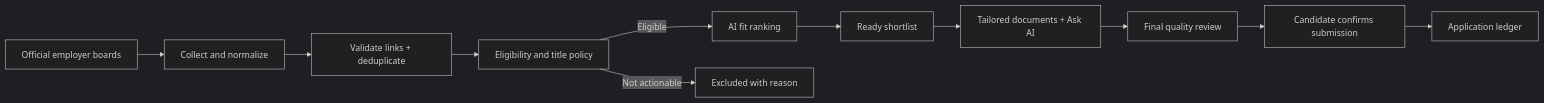
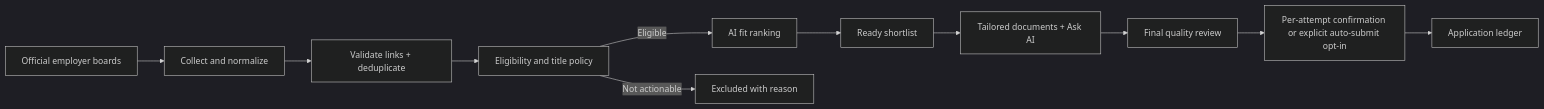
One commit to sunilnjc/job-search-agent changed the diagram in README.md. Above: the diagram before and after it, drawn with Mermaid (dark theme). The commit also changed other lines of this file and 229 other files, not shown here.

````diff
--- a/README.md
+++ b/README.md
@@ -22,13 +22,13 @@
 ```mermaid
 flowchart LR
   A["Official employer boards"] --> B["Collect and normalize"]
   B --> C["Validate links + deduplicate"]
   C --> D["Eligibility and title policy"]
   D -->|"Eligible"| E["AI fit ranking"]
   D -->|"Not actionable"| X["Excluded with reason"]
   E --> F["Ready shortlist"]
   F --> G["Tailored documents + Ask AI"]
   G --> H["Final quality review"]
-  H --> I["Candidate confirms submission"]
+  H --> I["Per-attempt confirmation or explicit auto-submit opt-in"]
   I --> J["Application ledger"]
 ```
````
